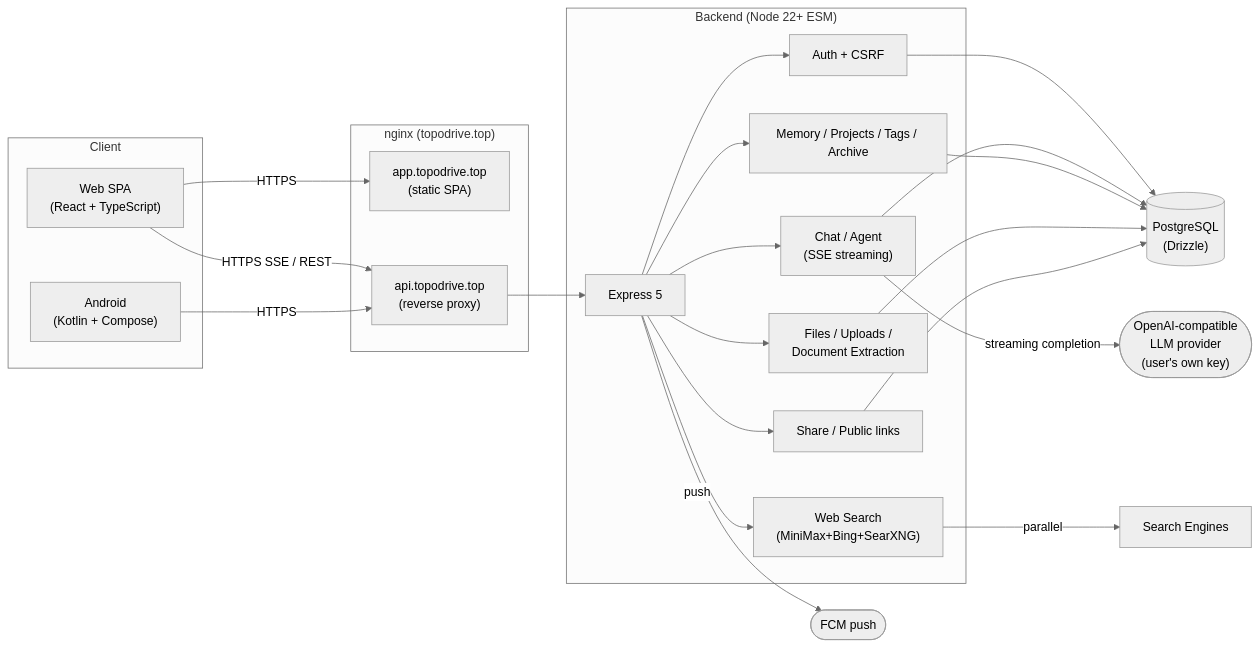
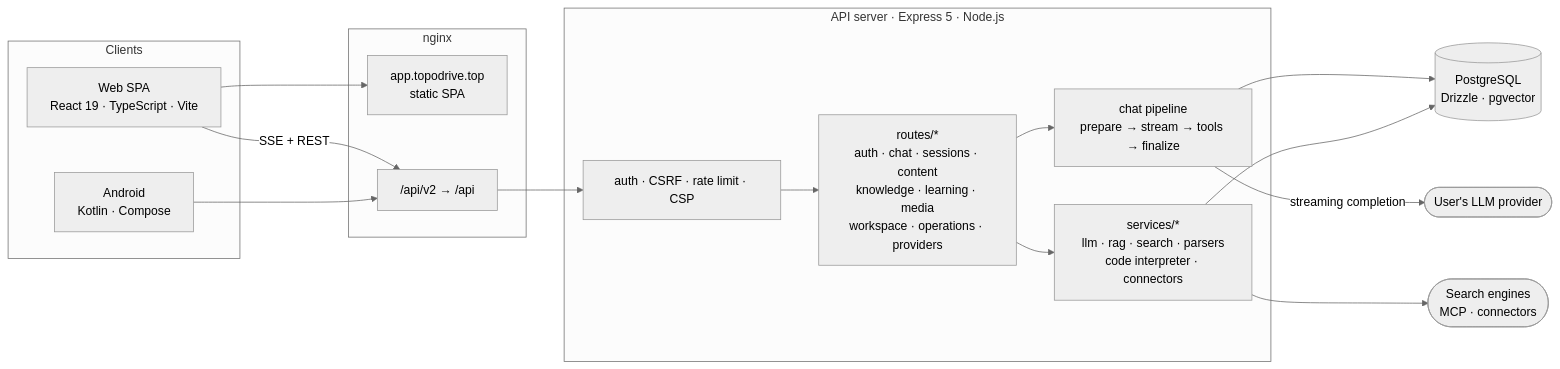
The first of 2 diagrams in README.md (kevenhu001-cyber/Socrates), drawn with Mermaid (neutral theme) before and after one commit. The commit also changed other lines of this file and 41 other files, not shown here.

````diff
--- a/README.md
+++ b/README.md
@@ -228,45 +148,34 @@
 ```mermaid
 flowchart LR
-  subgraph Client["Client"]
-    SPA["Web SPA<br/>(React + TypeScript)"]
-    APK["Android<br/>(Kotlin + Compose)"]
+  subgraph Clients
+    SPA["Web SPA<br/>React 19 · TypeScript · Vite"]
+    AND["Android<br/>Kotlin · Compose"]
   end
 
-  subgraph Edge["nginx (topodrive.top)"]
-    APP["app.topodrive.top<br/>(static SPA)"]
-    API["api.topodrive.top<br/>(reverse proxy)"]
+  subgraph Edge["nginx"]
+    APP["app.topodrive.top<br/>static SPA"]
+    PROXY["/api/v2 → /api"]
   end
 
-  subgraph Server["Backend (Node 22+ ESM)"]
-    EX["Express 5"]
-    AUTH["Auth + CSRF"]
-    CHAT["Chat / Agent<br/>(SSE streaming)"]
-    MEM["Memory / Projects / Tags / Archive"]
-    FILES["Files / Uploads /<br/>Document Extraction"]
-    WEB["Web Search<br/>(MiniMax+Bing+SearXNG)"]
-    SHARE["Share / Public links"]
+  subgraph Server["API server · Express 5 · Node.js"]
+    MW["auth · CSRF · rate limit · CSP"]
+    ROUTES["routes/*<br/>auth · chat · sessions · content<br/>knowledge · learning · media<br/>workspace · operations · providers"]
+    CHAT["chat pipeline<br/>prepare → stream → tools → finalize"]
+    SVC["services/*<br/>llm · rag · search · parsers<br/>code interpreter · connectors"]
   end
 
-  DB[("PostgreSQL<br/>(Drizzle)")]
-  LLM(["OpenAI-compatible<br/>LLM provider<br/>(user's own key)"])
-  FCM(["FCM push"])
+  PG[("PostgreSQL<br/>Drizzle · pgvector")]
+  LLM(["User's LLM provider"])
+  EXT(["Search engines<br/>MCP · connectors"])
 
-  SPA -->|HTTPS| APP
-  SPA -->|HTTPS SSE / REST| API
-  APK -->|HTTPS| API
-  API --> EX
-  EX --> AUTH
-  EX --> CHAT
-  EX --> MEM
-  EX --> FILES
-  EX --> WEB
-  EX --> SHARE
-  AUTH --> DB
-  CHAT --> DB
+  SPA --> APP
+  SPA -->|SSE + REST| PROXY
+  AND --> PROXY
+  PROXY --> MW --> ROUTES
+  ROUTES --> CHAT
+  ROUTES --> SVC
+  CHAT --> PG
+  SVC --> PG
   CHAT -->|streaming completion| LLM
-  MEM --> DB
-  FILES --> DB
-  WEB -->|parallel| SE["Search Engines"]
-  SHARE --> DB
-  EX -->|push| FCM
+  SVC --> EXT
 ```
````
